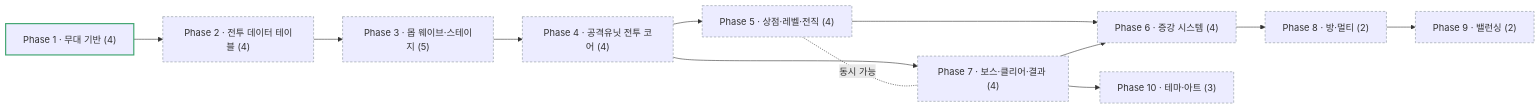
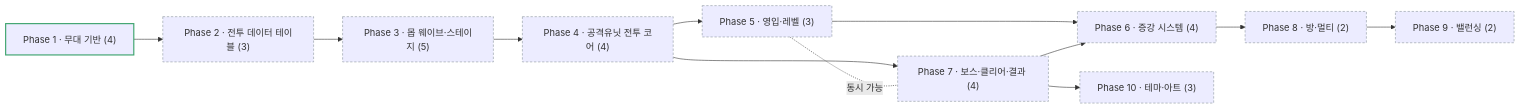
Before and after one commit to HaSungJe/msw: the diagram in .beaver/output/roadmap/maple-augment-defense-roadmap.md, drawn with Mermaid. The commit also changed other lines of this file and 17 other files, not shown here.

````diff
--- a/.beaver/output/roadmap/maple-augment-defense-roadmap.md
+++ b/.beaver/output/roadmap/maple-augment-defense-roadmap.md
@@ -21,16 +21,16 @@
 ```mermaid
 flowchart LR
-  P1["Phase 1 · 무대 기반 (4)"]:::done --> P2["Phase 2 · 전투 데이터 테이블 (4)"]:::todo
+  P1["Phase 1 · 무대 기반 (4)"]:::done --> P2["Phase 2 · 전투 데이터 테이블 (3)"]:::todo
   P2 --> P3["Phase 3 · 몹 웨이브·스테이지 (5)"]:::todo
   P3 --> P4["Phase 4 · 공격유닛 전투 코어 (4)"]:::todo
-  P4 --> P5["Phase 5 · 상점·레벨·전직 (4)"]:::todo
+  P4 --> P5["Phase 5 · 영입·레벨 (3)"]:::todo
   P4 --> P7["Phase 7 · 보스·클리어·결과 (4)"]:::todo
   P5 -. 동시 가능 .- P7
   P5 --> P6["Phase 6 · 증강 시스템 (4)"]:::todo
   P7 --> P6
   P6 --> P8["Phase 8 · 방·멀티 (2)"]:::todo
   P7 --> P10["Phase 10 · 테마·아트 (3)"]:::todo
   P8 --> P9["Phase 9 · 밸런싱 (2)"]:::todo
   classDef done stroke:#3fa46f,stroke-width:2px
   classDef todo stroke:#8a949c,stroke-width:1px,stroke-dasharray:4 3
 ```
````
